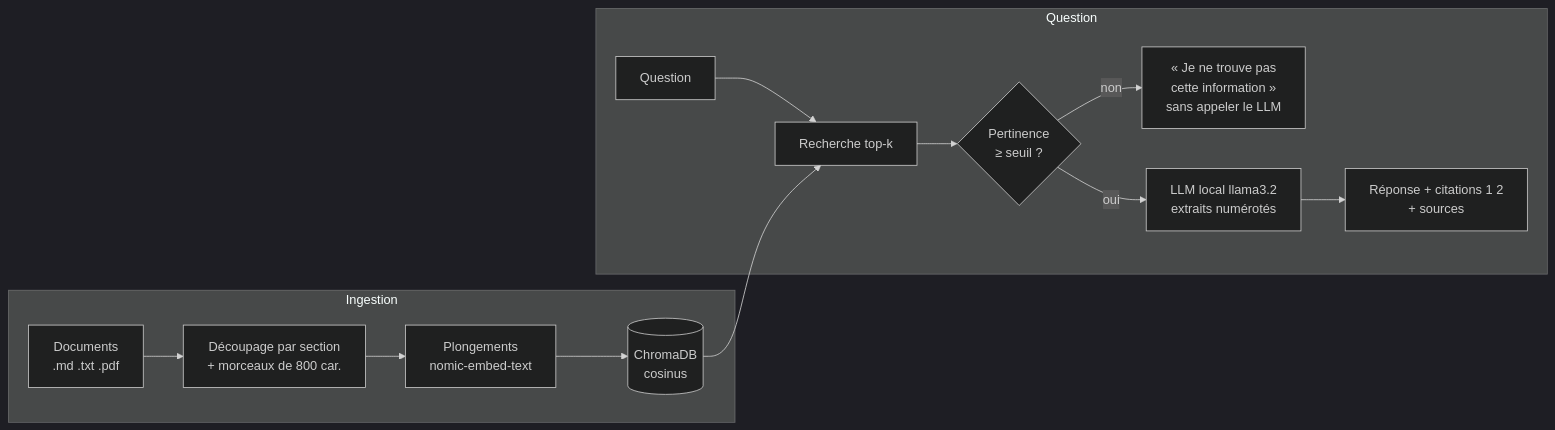
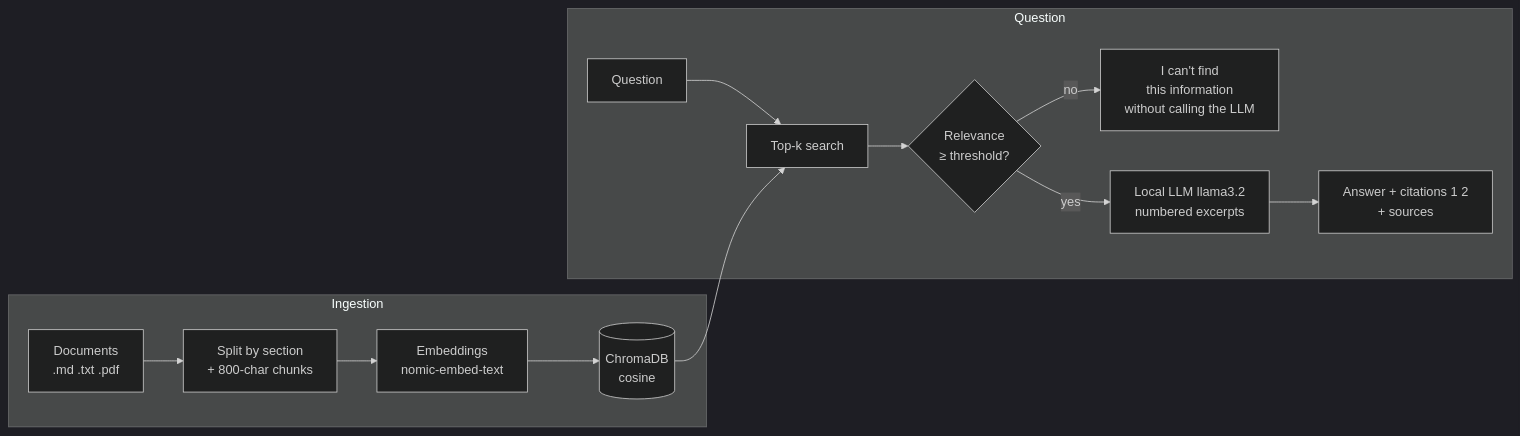
One commit to hoolica/rag-assistant changed the diagram in README.md. Above: the diagram before and after it, drawn with Mermaid (dark theme). The commit also changed other lines of this file, not shown here.

````diff
--- a/README.md
+++ b/README.md
@@ -16,16 +16,16 @@
 ```mermaid
 flowchart LR
     subgraph Ingestion
-      A[Documents<br/>.md .txt .pdf] --> B[Découpage par section<br/>+ morceaux de 800 car.]
-      B --> C[Plongements<br/>nomic-embed-text]
-      C --> D[(ChromaDB<br/>cosinus)]
+      A[Documents<br/>.md .txt .pdf] --> B[Split by section<br/>+ 800-char chunks]
+      B --> C[Embeddings<br/>nomic-embed-text]
+      C --> D[(ChromaDB<br/>cosine)]
     end
     subgraph Question
-      Q[Question] --> E[Recherche top-k]
+      Q[Question] --> E[Top-k search]
       D --> E
-      E --> F{Pertinence<br/>≥ seuil ?}
-      F -->|non| G[« Je ne trouve pas<br/>cette information »<br/>sans appeler le LLM]
-      F -->|oui| H[LLM local llama3.2<br/>extraits numérotés]
-      H --> I[Réponse + citations 1 2<br/>+ sources]
+      E --> F{Relevance<br/>≥ threshold?}
+      F -->|no| G["I can't find<br/>this information"<br/>without calling the LLM]
+      F -->|yes| H[Local LLM llama3.2<br/>numbered excerpts]
+      H --> I[Answer + citations 1 2<br/>+ sources]
     end
 ```
````
